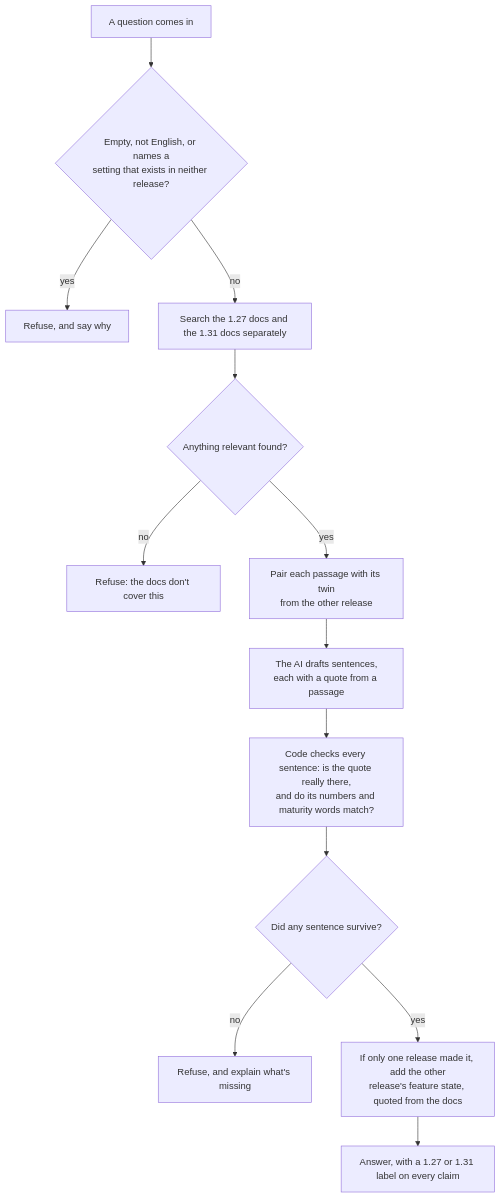
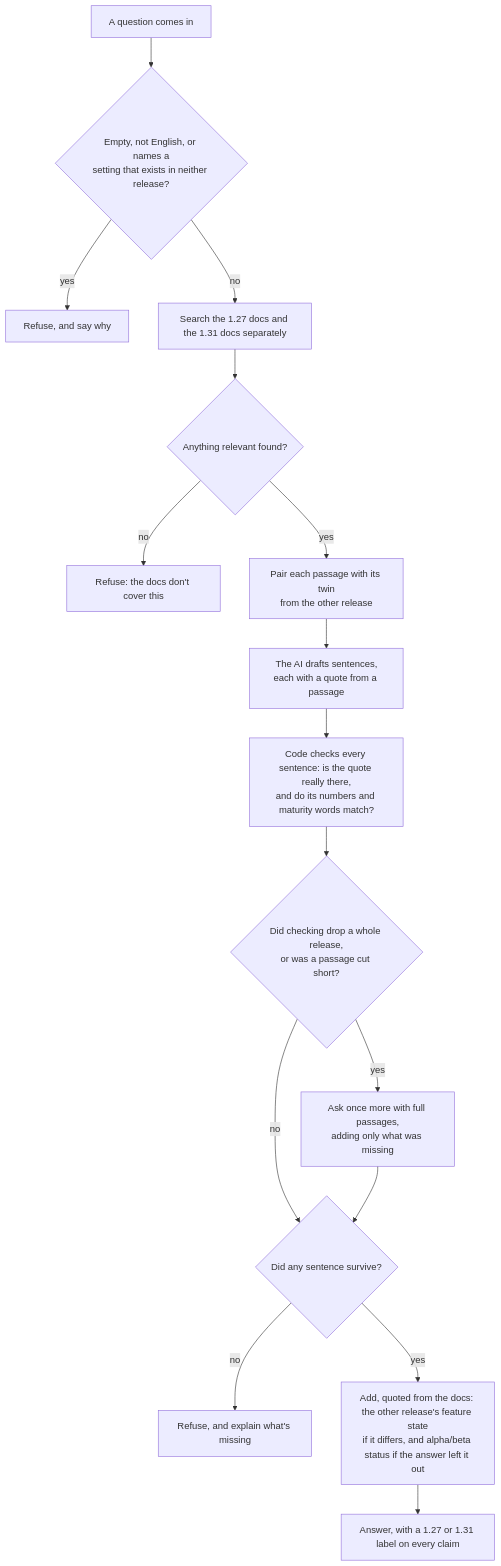
One commit to Sooryasooru/MachineTask-AION changed the second of 2 diagrams in README.md. Above: the diagram before and after it, drawn with Mermaid. The commit also changed other lines of this file and 1 other file, not shown here.

````diff
--- a/README.md
+++ b/README.md
@@ -43,15 +52,18 @@
 ```mermaid
 flowchart TD
     Q["A question comes in"] --> G{"Empty, not English, or names a<br/>setting that exists in neither release?"}
     G -->|yes| X1["Refuse, and say why"]
     G -->|no| S["Search the 1.27 docs and the 1.31 docs separately"]
     S --> W{"Anything relevant found?"}
     W -->|no| X2["Refuse: the docs don't cover this"]
     W -->|yes| T["Pair each passage with its twin<br/>from the other release"]
     T --> D["The AI drafts sentences,<br/>each with a quote from a passage"]
     D --> V["Code checks every sentence: is the quote really there,<br/>and do its numbers and maturity words match?"]
-    V --> K{"Did any sentence survive?"}
+    V --> R{"Did checking drop a whole release,<br/>or was a passage cut short?"}
+    R -->|yes| Y["Ask once more with full passages,<br/>adding only what was missing"]
+    R -->|no| K{"Did any sentence survive?"}
+    Y --> K
     K -->|no| X3["Refuse, and explain what's missing"]
-    K -->|yes| F["If only one release made it, add the other<br/>release's feature state, quoted from the docs"]
+    K -->|yes| F["Add, quoted from the docs: the other release's feature state<br/>if it differs, and alpha/beta status if the answer left it out"]
     F --> A["Answer, with a 1.27 or 1.31 label on every claim"]
 ```
````
